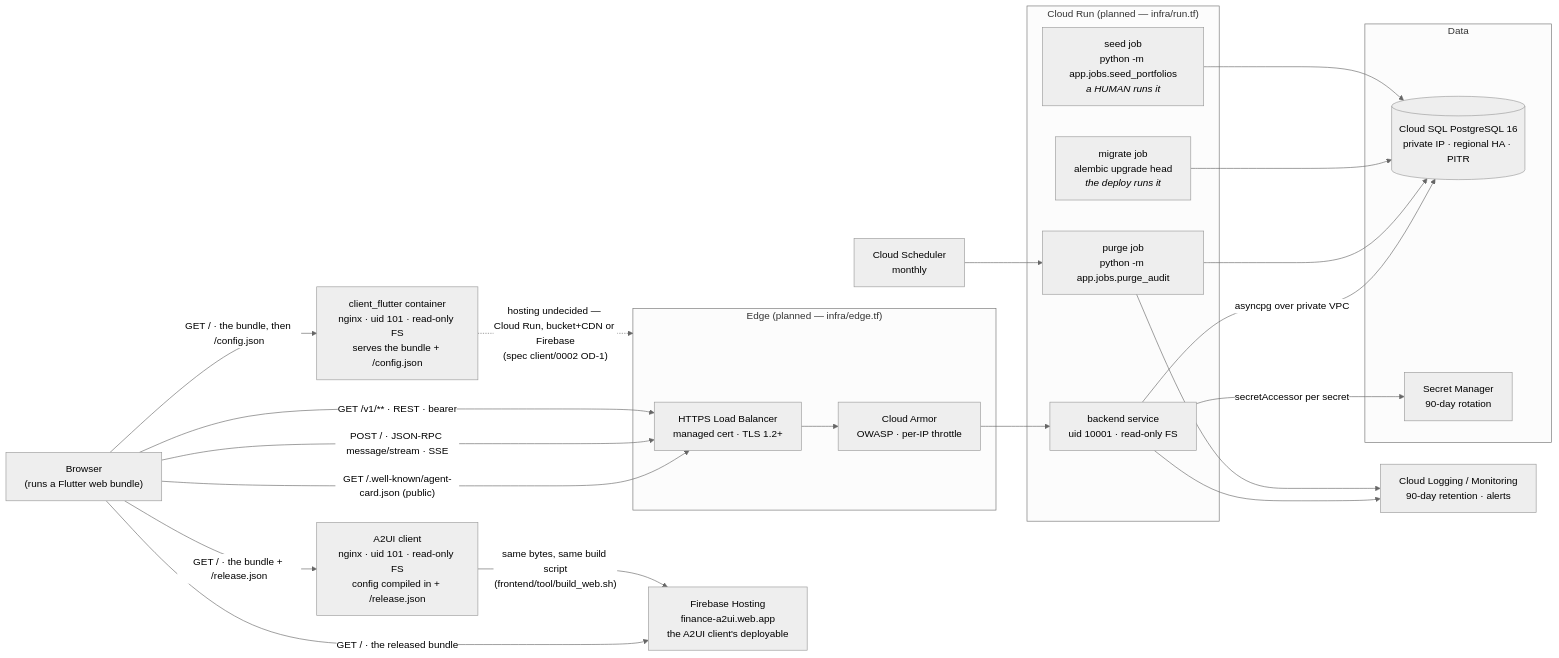
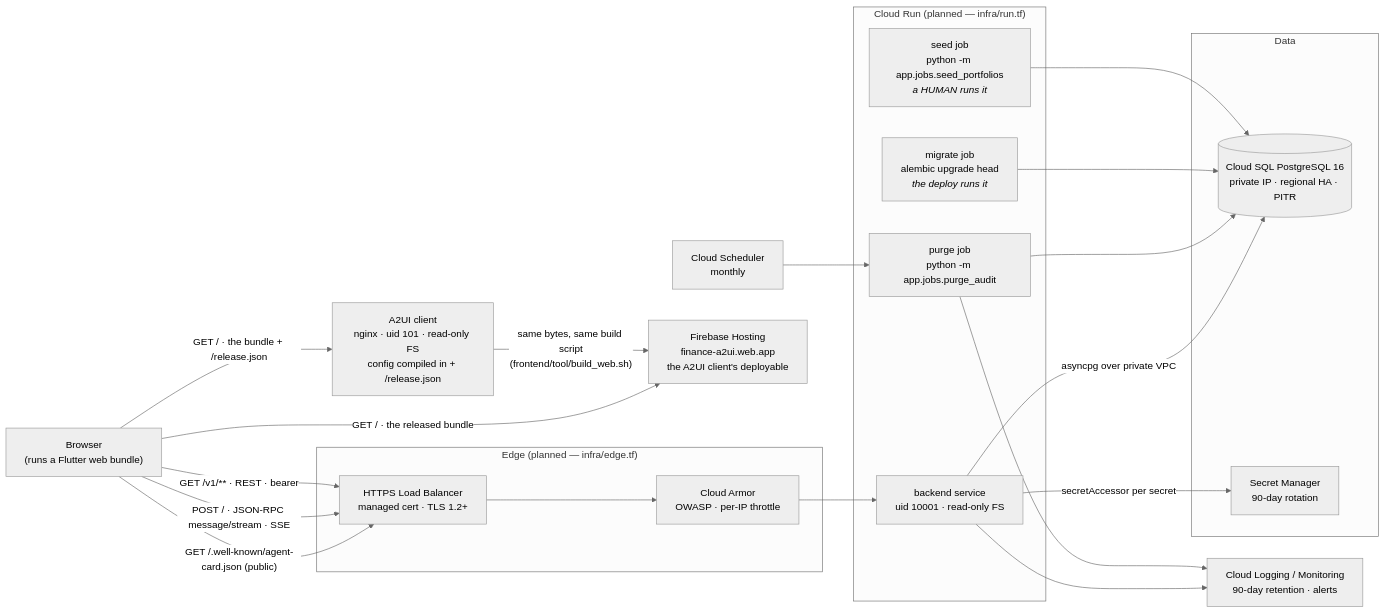
Before and after one commit to somnio-projects/finance-google-a2ui: the diagram in docs/diagrams/02-containers.md, drawn with Mermaid (neutral theme). The commit also changed 192 other files, not shown here.

First line of the commit message:
chore(repo): retire the client_flutter app and rewrite the README

````diff
--- a/docs/diagrams/02-containers.md
+++ b/docs/diagrams/02-containers.md
@@ -5,63 +5,58 @@
 ```mermaid
 flowchart LR
     client["Browser<br/>(runs a Flutter web bundle)"]
     a2ui["A2UI client<br/>nginx · uid 101 · read-only FS<br/>config compiled in + /release.json"]
-    web["client_flutter container<br/>nginx · uid 101 · read-only FS<br/>serves the bundle + /config.json"]
     host["Firebase Hosting<br/>finance-a2ui.web.app<br/>the A2UI client's deployable"]
     subgraph edge["Edge (planned — infra/edge.tf)"]
         lb["HTTPS Load Balancer<br/>managed cert · TLS 1.2+"]
         waf["Cloud Armor<br/>OWASP · per-IP throttle"]
     end
     subgraph run["Cloud Run (planned — infra/run.tf)"]
         svc["backend service<br/>uid 10001 · read-only FS"]
         job["purge job<br/>python -m app.jobs.purge_audit"]
         mig["migrate job<br/>alembic upgrade head<br/><i>the deploy runs it</i>"]
         seed["seed job<br/>python -m app.jobs.seed_portfolios<br/><i>a HUMAN runs it</i>"]
     end
     subgraph data["Data"]
         sql[("Cloud SQL PostgreSQL 16<br/>private IP · regional HA · PITR")]
         sm["Secret Manager<br/>90-day rotation"]
     end
     obs["Cloud Logging / Monitoring<br/>90-day retention · alerts"]
     sched["Cloud Scheduler<br/>monthly"]
 
-    client -- "GET / · the bundle, then /config.json" --> web
     client -- "GET / · the bundle + /release.json" --> a2ui
     client -- "GET / · the released bundle" --> host
     a2ui -- "same bytes, same build script<br/>(frontend/tool/build_web.sh)" --> host
-    web -. "hosting undecided — Cloud Run, bucket+CDN or Firebase<br/>(spec client/0002 OD-1)" .-> edge
     client -- "GET /.well-known/agent-card.json (public)" --> lb
     client -- "POST / · JSON-RPC message/stream · SSE" --> lb
     client -- "GET /v1/** · REST · bearer" --> lb
     lb --> waf --> svc
     svc -- "asyncpg over private VPC" --> sql
     svc -- "secretAccessor per secret" --> sm
     job --> sql
     mig --> sql
     seed --> sql
     sched --> job
     svc --> obs
     job --> obs
 
     %% Two surfaces on one service (ADR-J): /v1/** is strictly RESTful and
     %% answers RFC 9457 problem documents; the root is Google's A2A protocol,
     %% JSON-RPC over SSE, and answers JSON-RPC error objects. The agent card is
     %% the only public route besides the health probes — a client cannot hold a
     %% token before it has read it.
-    %% TWO clients, one repository, no shared code (GGU-91). `client_flutter` is
-    %% the older one: built and hardened (GGU-82, spec client/0002) but deployed
-    %% nowhere — where it is hosted is OD-1, still open, which is why its only
-    %% outgoing edge is dashed. The A2UI client is the one this repository is
-    %% about, and it IS deployed: Firebase Hosting, by `frontend-cd`
+    %% ONE client. This diagram carried a second one, `client_flutter`, built
+    %% and hardened (GGU-82, spec client/0002) but deployed nowhere — its only
+    %% outgoing edge was dashed because where it would be hosted was never
+    %% decided. It was retired on 2026-09-22 (spec repo/0002) and both its node
+    %% and that dashed edge are gone with it: a diagram draws reality.
+    %% The A2UI client IS deployed: Firebase Hosting, by `frontend-cd`
     %% (spec frontend/0017).
     %% The A2UI container is NOT that deployable — Hosting serves a bundle, not
     %% an image. It is the local stack's copy of the same bytes, compiled by the
     %% same `frontend/tool/build_web.sh`, which is why the edge between them is
     %% solid: it is a "built by" relation, not a network call.
-    %% Neither container holds a credential; the browser, not the container, is
+    %% The container holds no credential; the browser, not the container, is
     %% what talks to the backend. Locally `docker compose up` is db + backend +
     %% the A2UI client on :3001, all under the one project `finance-a2ui`.
-    %% client_flutter is NOT in that stack: it has its own compose file and
-    %% comes up beside it as `client-flutter`, which is the honest shape for a
-    %% separate deployable.
 ```
````
